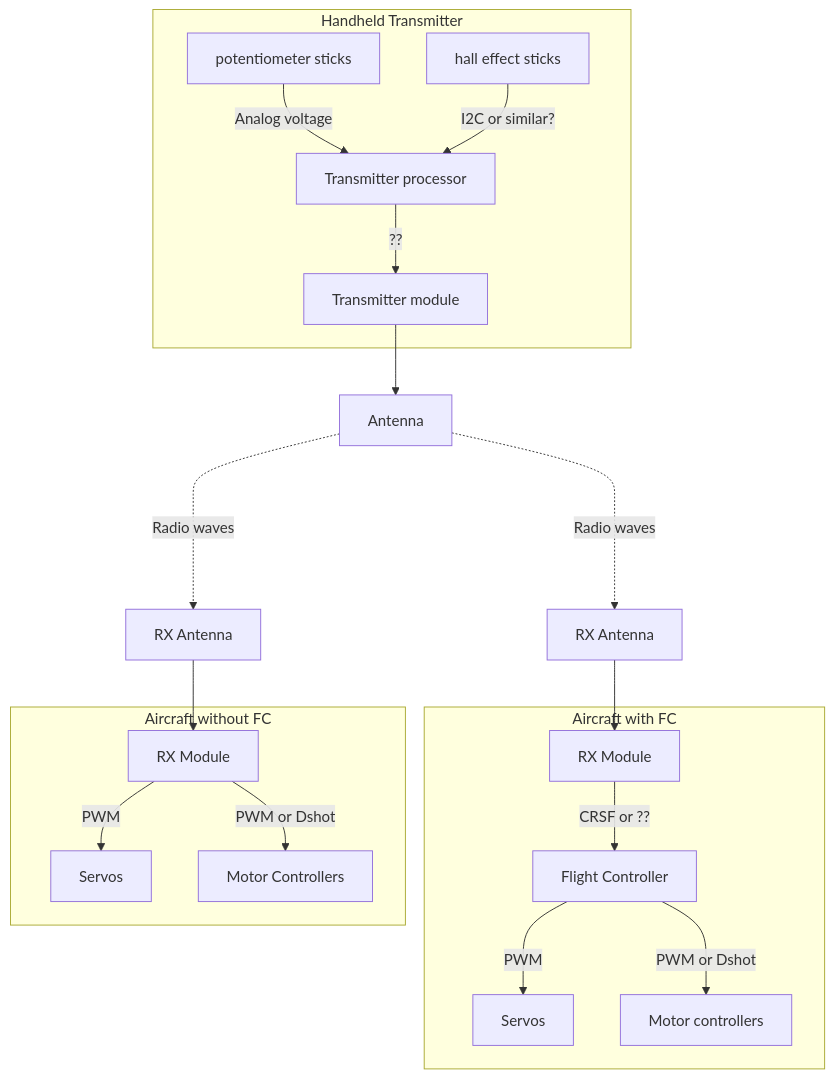
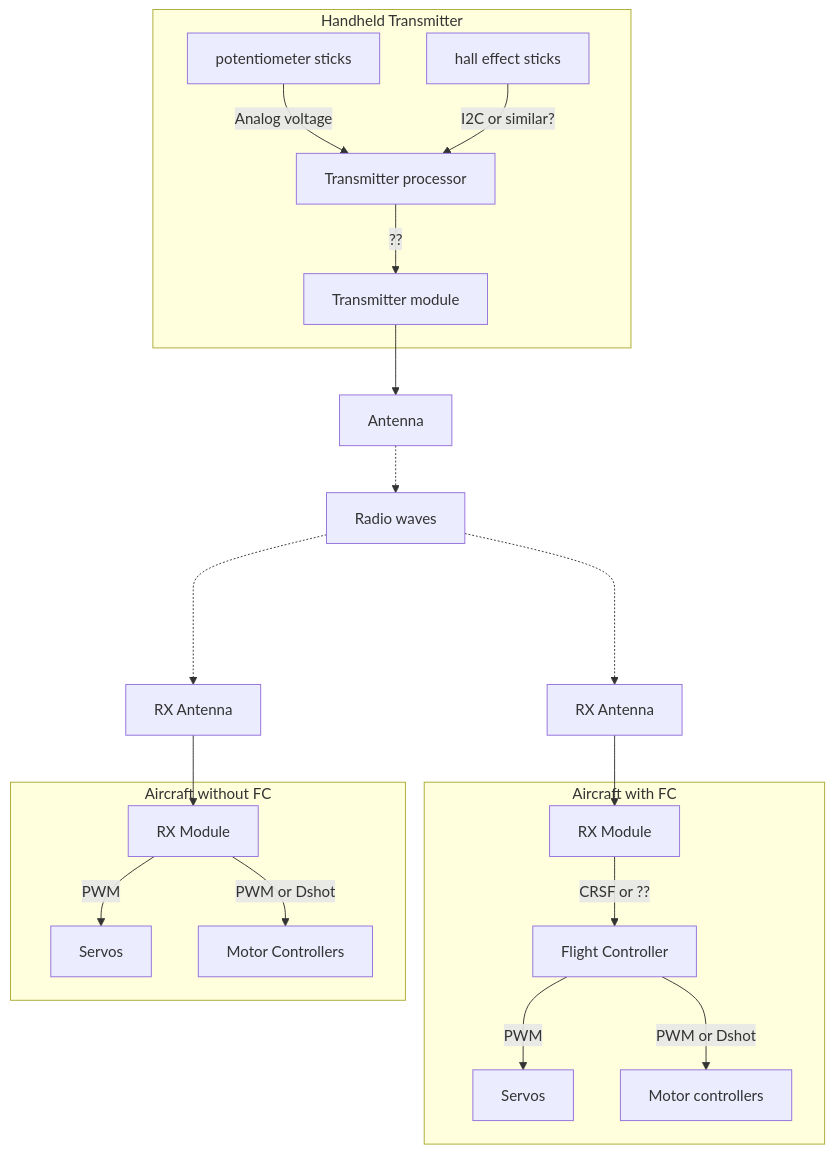
Before and after one commit to lint3/rcinfo: the diagram in systems/rc_control.md, drawn with Mermaid. The commit also changed 1 other file, not shown here.

Commit message:
Add RF link

````diff
--- a/systems/rc_control.md
+++ b/systems/rc_control.md
@@ -3,24 +3,29 @@
 ```mermaid
 flowchart TB
 	subgraph Handheld Transmitter
     A[potentiometer sticks] -- Analog voltage --> C[Transmitter processor]
     B[hall effect sticks] -- I2C or similar? -->C
 	  C -- ?? --> D[Transmitter module]
 	end
 
-  D --> E[Antenna] -. Radio waves ...-> F1[RX Antenna] --> G1
+  D --> E[Antenna] -.-> RF ...-> F1[RX Antenna] --> G1
 
-  E -. Radio waves ...-> F2[RX Antenna] --> G2
+ RF[Radio waves] ...-> F2[RX Antenna] --> G2
+
+
 
 
   subgraph Aircraft with FC
     G1[RX Module] -- CRSF or ?? --> H1[Flight Controller]
 		H1 -- PWM --> J1[Servos]
 		H1 -- PWM or Dshot --> I1[Motor controllers]
 	end
 
 	subgraph Aircraft without FC
 		G2[RX Module] -- PWM --> J2[Servos]
 		G2 -- PWM or Dshot --> I2[Motor Controllers]
 	end
+
+
+click RF "#radio"
 ```
````
